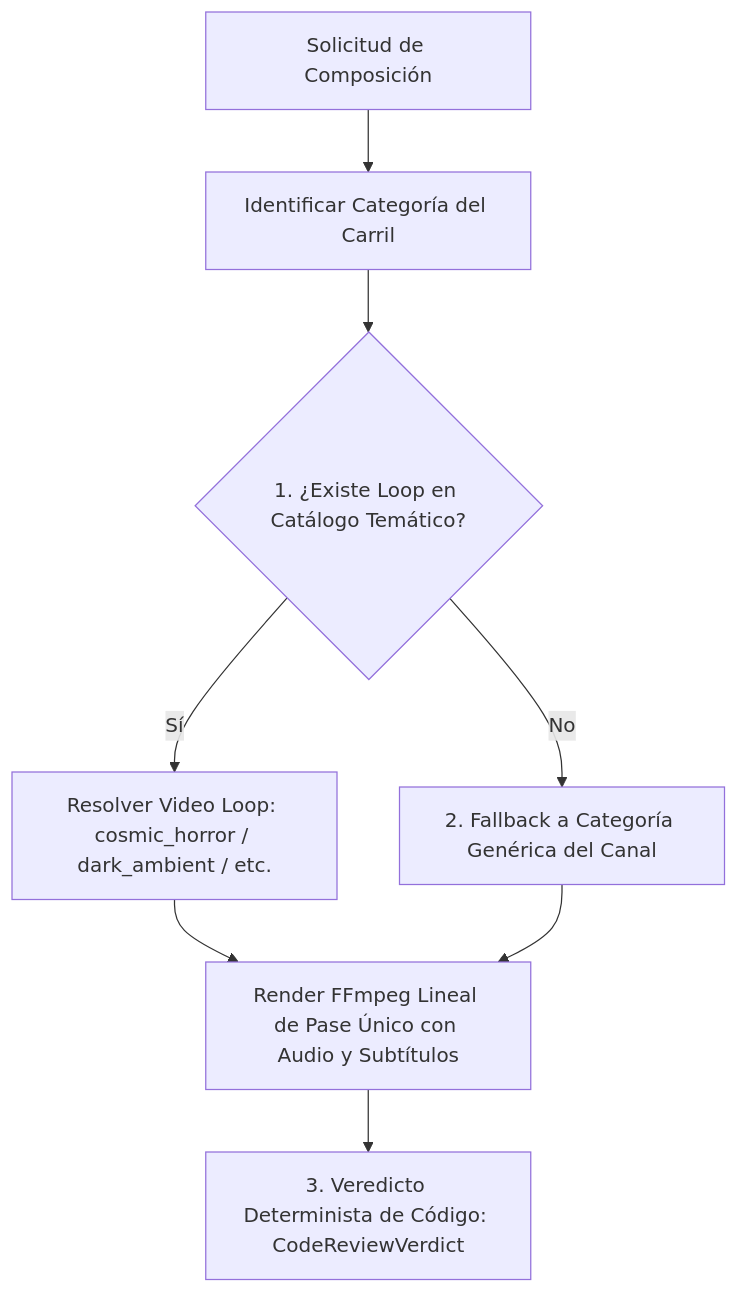
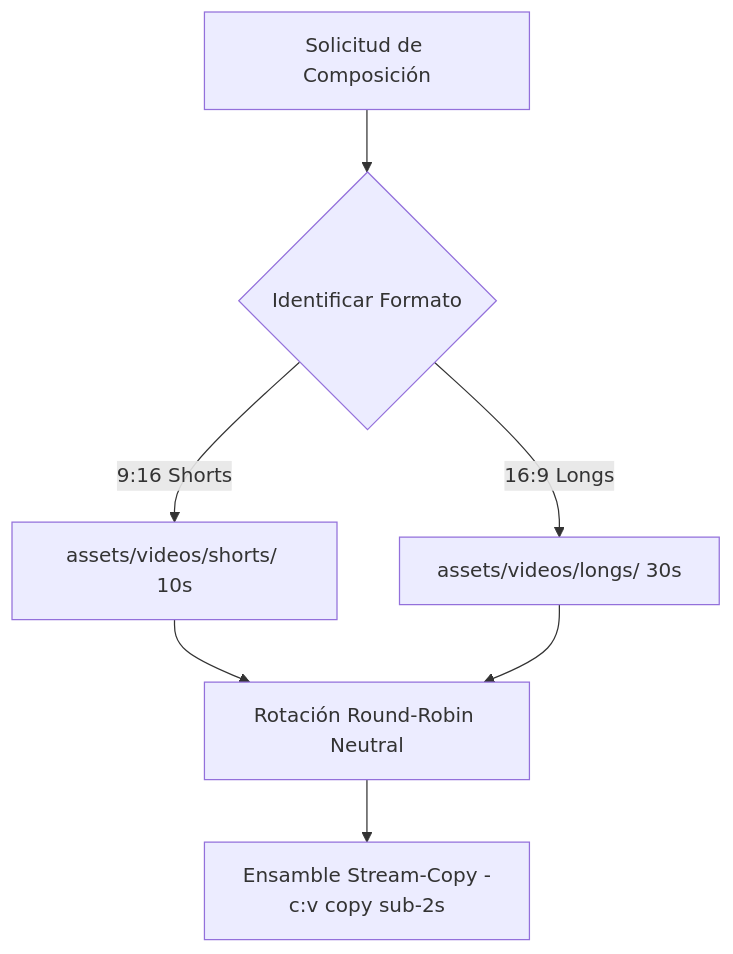
Before and after one commit to soyaelithia-ui/yt-auto: the diagram in docs/MULTICHANNEL_PIPELINE.md, drawn with Mermaid. The commit also changed other lines of this file and 44 other files, not shown here.

````diff
--- a/docs/MULTICHANNEL_PIPELINE.md
+++ b/docs/MULTICHANNEL_PIPELINE.md
@@ -29,9 +30,8 @@
 ```mermaid
 flowchart TD
-    Req[Solicitud de Composición] --> Cat[Identificar Categoría del Carril]
-    Cat --> Loop{1. ¿Existe Loop en Catálogo Temático?}
-    Loop -- Sí --> Res[Resolver Video Loop: cosmic_horror / dark_ambient / etc.]
-    Loop -- No --> Fallback[2. Fallback a Categoría Genérica del Canal]
-    Res & Fallback --> Render[Render FFmpeg Lineal de Pase Único con Audio y Subtítulos]
-    Render --> CodeQA[3. Veredicto Determinista de Código: CodeReviewVerdict]
+    Req[Solicitud de Composición] --> Dir{Identificar Formato}
+    Dir -- 9:16 Shorts --> Sh[assets/videos/shorts/ 10s]
+    Dir -- 16:9 Longs --> Lg[assets/videos/longs/ 30s]
+    Sh & Lg --> Rot[Rotación Round-Robin Neutral]
+    Rot --> StreamCopy[Ensamble Stream-Copy -c:v copy sub-2s]
 ```
````
